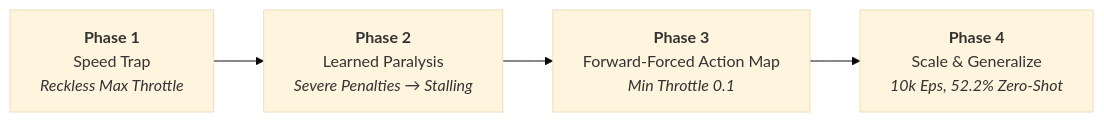
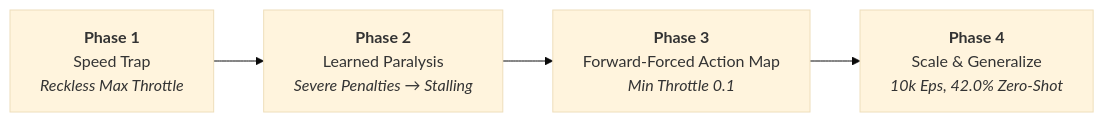
One commit to ParhamM83/DQN-Metadrive-Driving-Agent changed the diagram in README.md. Above: the diagram before and after it, drawn with Mermaid (base theme). The commit also changed other lines of this file, not shown here.

````diff
--- a/README.md
+++ b/README.md
@@ -59,6 +52,6 @@
 ```mermaid
 flowchart LR
     P1[<b>Phase 1</b><br>Speed Trap<br><i>Reckless Max Throttle</i>] --> P2[<b>Phase 2</b><br>Learned Paralysis<br><i>Severe Penalties → Stalling</i>]
     P2 --> P3[<b>Phase 3</b><br>Forward-Forced Action Map<br><i>Min Throttle 0.1</i>]
-    P3 --> P4[<b>Phase 4</b><br>Scale & Generalize<br><i>10k Eps, 52.2% Zero-Shot</i>]
+    P3 --> P4[<b>Phase 4</b><br>Scale & Generalize<br><i>10k Eps, 42.0% Zero-Shot</i>]
 ```
````
